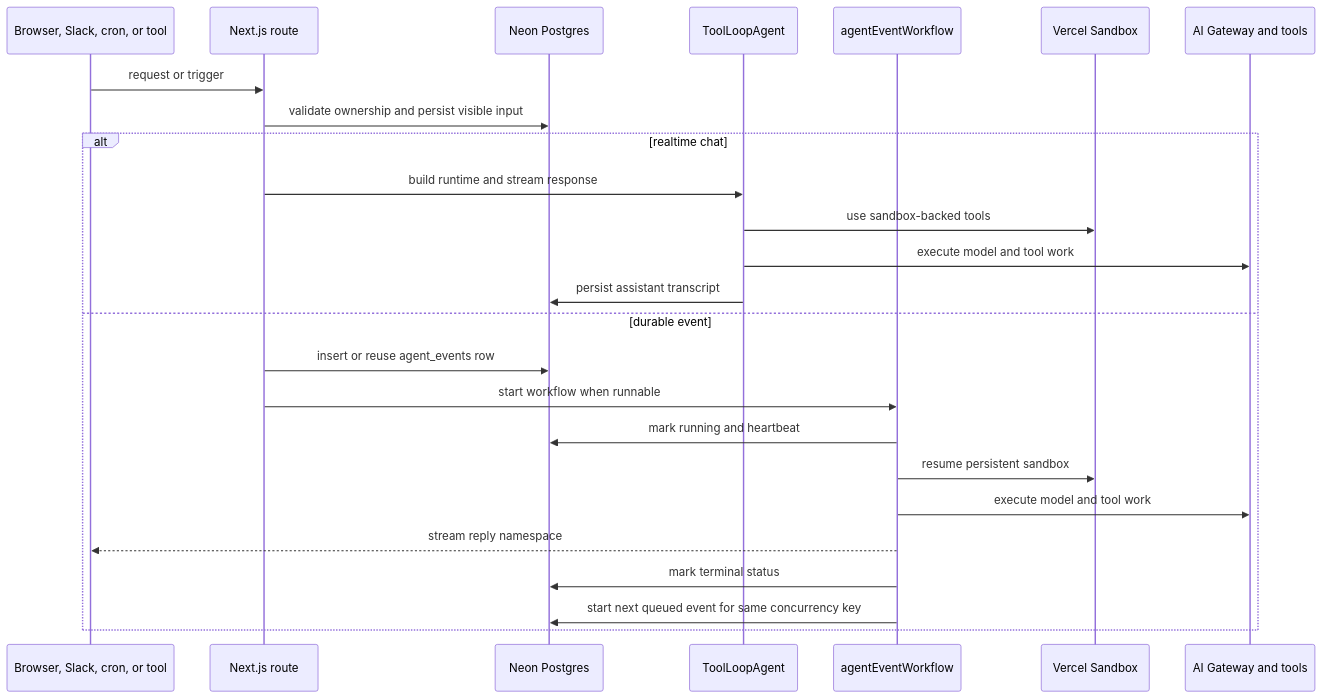
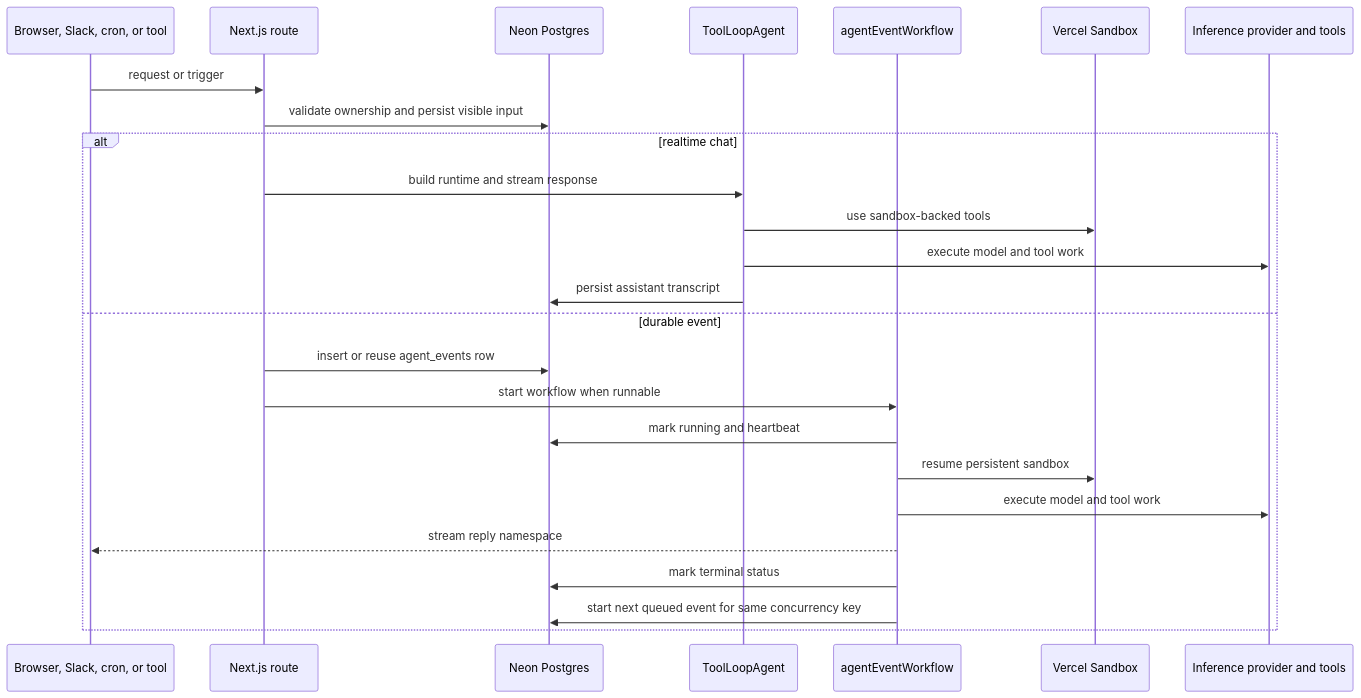
The second of 2 diagrams in docs/ARCHITECTURE.md (TommyBez/outname), drawn with Mermaid before and after one commit. The commit also changed other lines of this file and 74 other files, not shown here.

First line of the commit message:
Add OpenRouter as a provider-aware inference option (#182)

````diff
--- a/docs/ARCHITECTURE.md
+++ b/docs/ARCHITECTURE.md
@@ -115,28 +115,28 @@
 ```mermaid
 sequenceDiagram
   participant Ingress as Browser, Slack, cron, or tool
   participant Next as Next.js route
   participant DB as Neon Postgres
   participant R as ToolLoopAgent
   participant W as agentEventWorkflow
   participant S as Vercel Sandbox
-  participant M as AI Gateway and tools
+  participant M as Inference provider and tools
 
   Ingress->>Next: request or trigger
   Next->>DB: validate ownership and persist visible input
   alt realtime chat
     Next->>R: build runtime and stream response
     R->>S: use sandbox-backed tools
     R->>M: execute model and tool work
     R->>DB: persist assistant transcript
   else durable event
   Next->>DB: insert or reuse agent_events row
   Next->>W: start workflow when runnable
   W->>DB: mark running and heartbeat
   W->>S: resume persistent sandbox
   W->>M: execute model and tool work
   W-->>Ingress: stream reply namespace
   W->>DB: mark terminal status
   W->>DB: start next queued event for same concurrency key
   end
 ```
````
